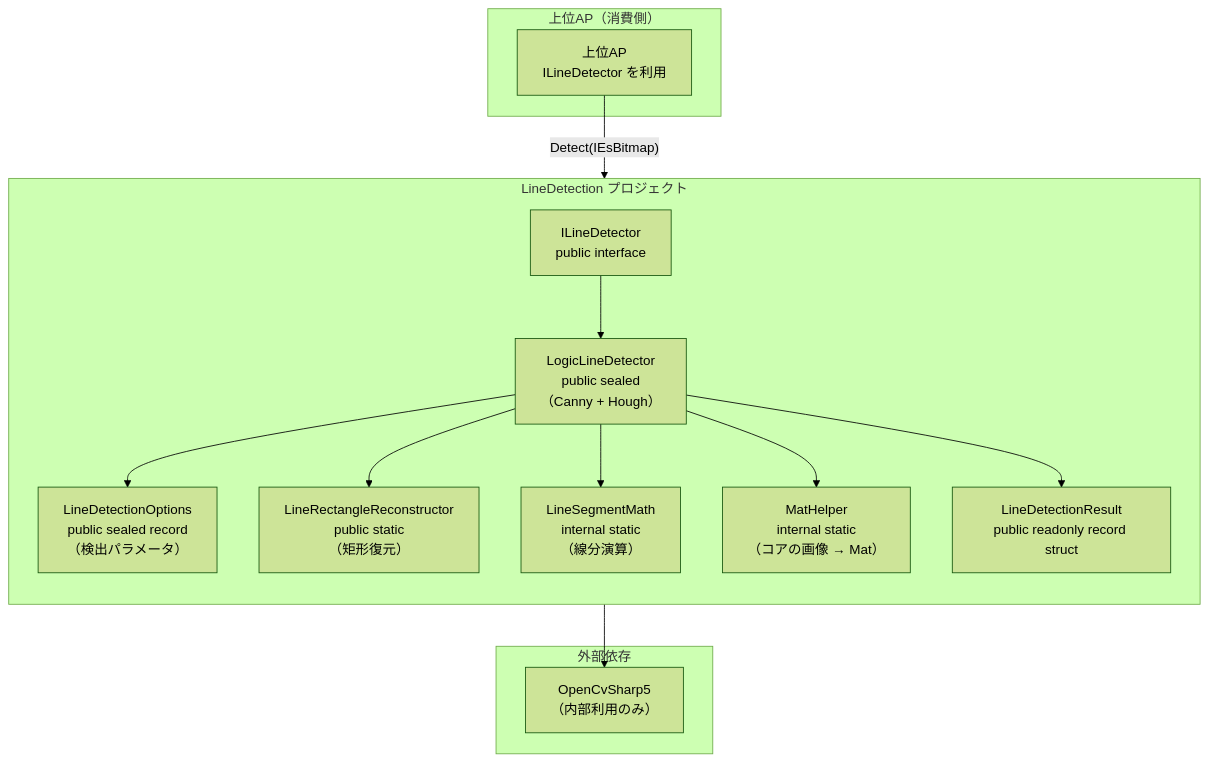
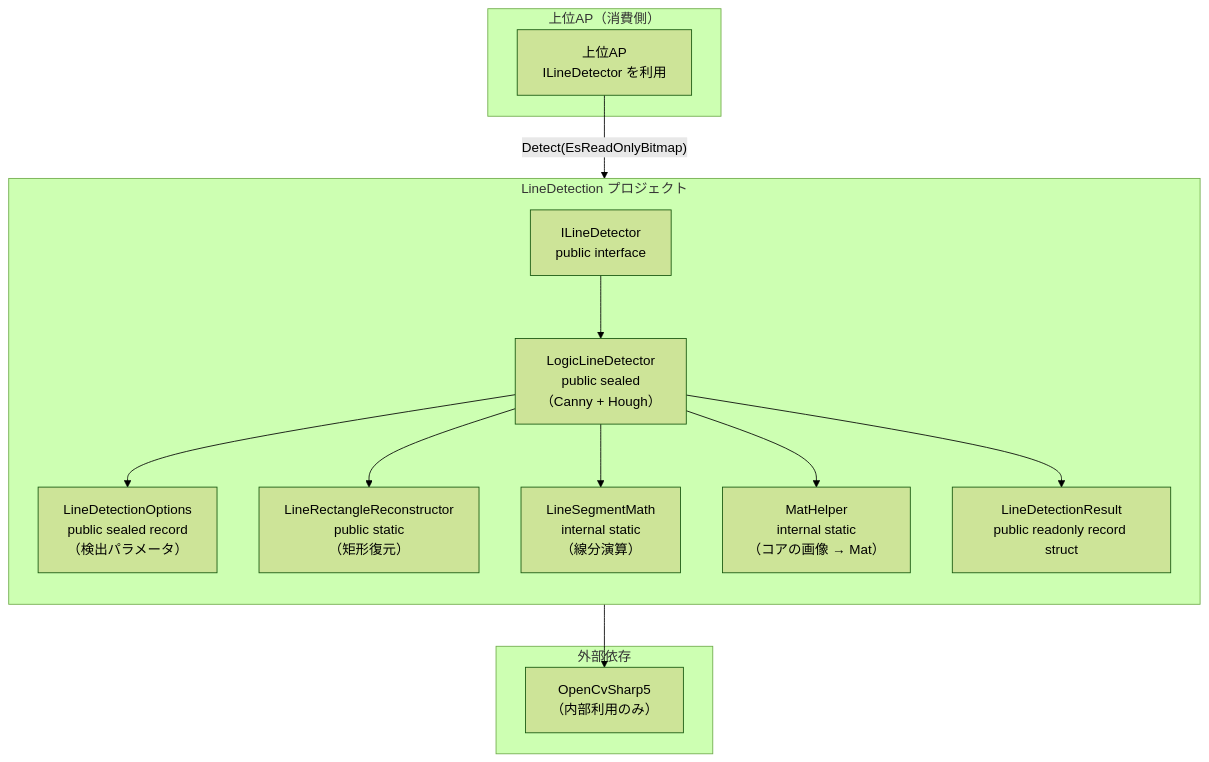
The diagram in src/Parts.LineDetection/docs/SPEC_System.md (tomokuni/SaveEvidence), drawn with Mermaid (forest theme) before and after one commit. The commit also changed other lines of this file and 41 other files, not shown here.

````diff
--- a/src/Parts.LineDetection/docs/SPEC_System.md
+++ b/src/Parts.LineDetection/docs/SPEC_System.md
@@ -39,28 +39,28 @@
 ```mermaid
 flowchart TB
     subgraph Host["上位AP（消費側）"]
         Caller["上位AP<br/>ILineDetector を利用"]
     end
     subgraph LD["LineDetection プロジェクト"]
         direction TB
         I["ILineDetector<br/>public interface"]
         Det["LogicLineDetector<br/>public sealed<br/>（Canny + Hough）"]
         Opt["LineDetectionOptions<br/>public sealed record<br/>（検出パラメータ）"]
         Rcn["LineRectangleReconstructor<br/>public static<br/>（矩形復元）"]
         Sgm["LineSegmentMath<br/>internal static<br/>（線分演算）"]
         Mh["MatHelper<br/>internal static<br/>（コアの画像 → Mat）"]
         Res["LineDetectionResult<br/>public readonly record struct"]
     end
     subgraph Dep["外部依存"]
         Cv["OpenCvSharp5<br/>（内部利用のみ）"]
     end
 
-    Caller -->|"Detect(IEsBitmap)"| I
+    Caller -->|"Detect(EsReadOnlyBitmap)"| I
     I --> Det
     Det --> Opt
     Det --> Rcn
     Det --> Sgm
     Det --> Mh
     Det --> Res
     Mh --> Cv
 ```
````
